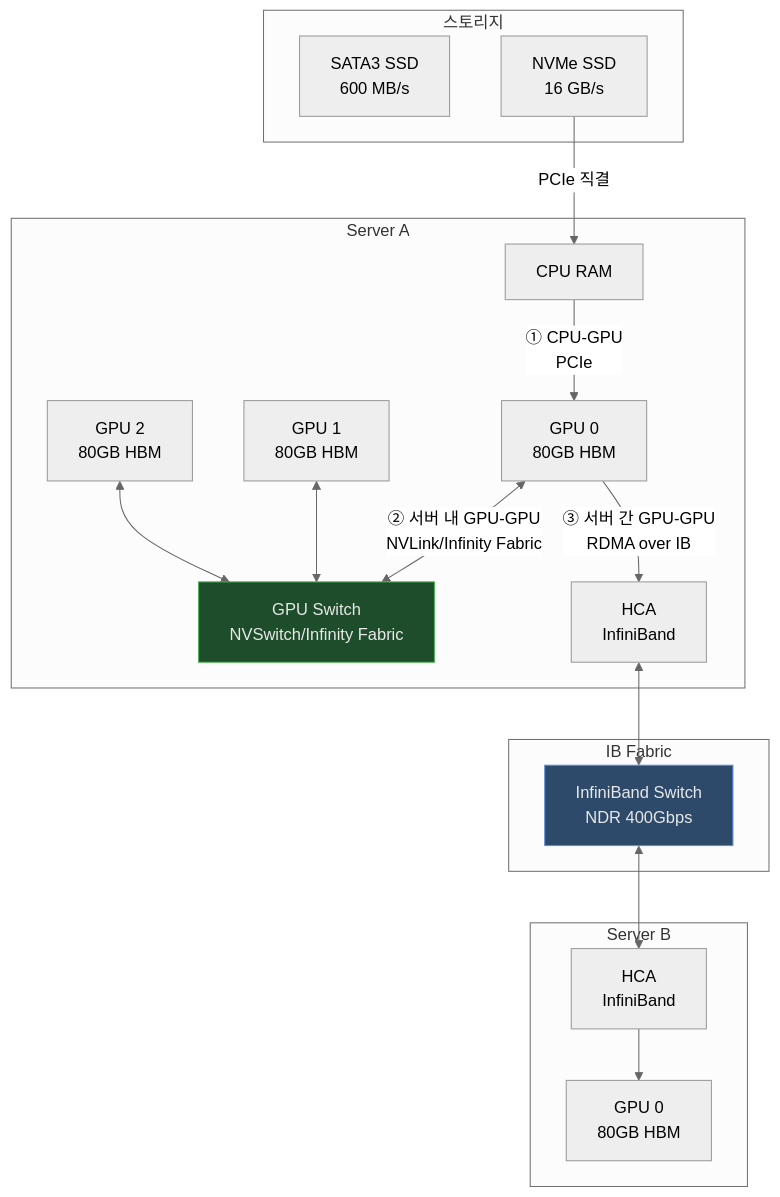
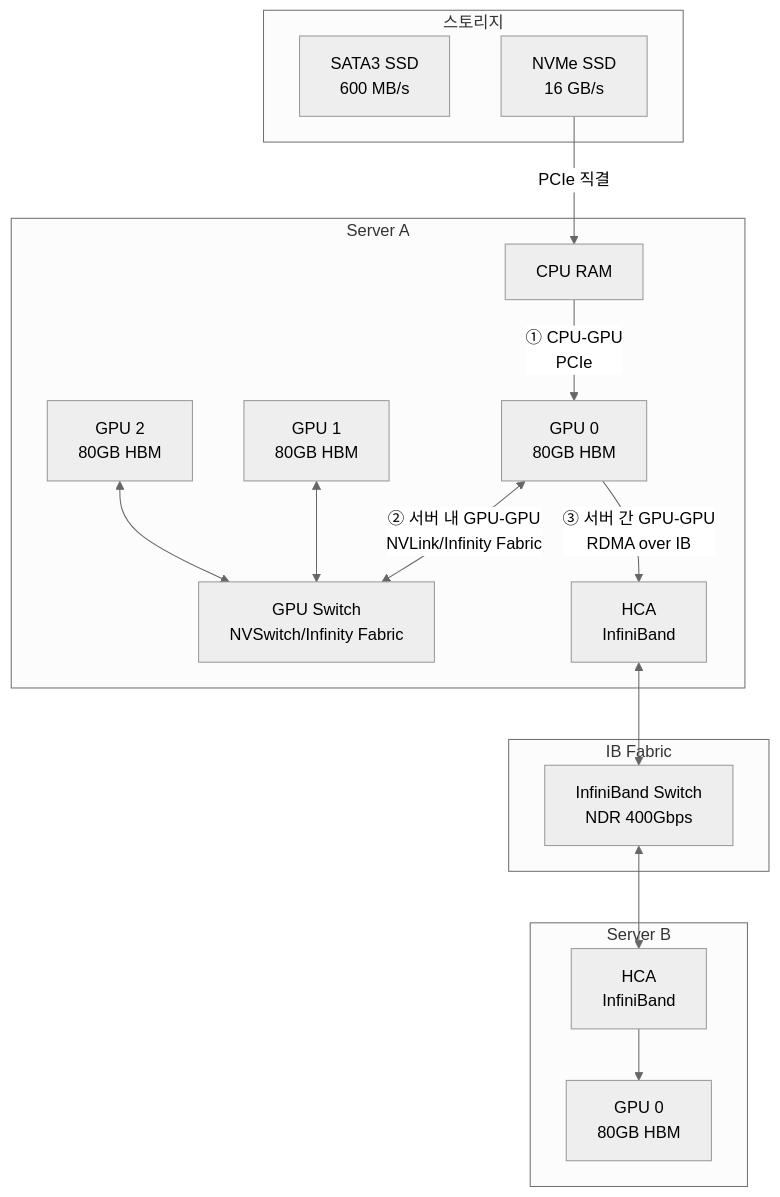
Before and after one commit to juwon8891/juwon8891.github.io: the first of 6 diagrams in docs/gpu/infiniband-nvlink-nvswitch.md, drawn with Mermaid (neutral theme). The commit also changed other lines of this file and 29 other files, not shown here.

````diff
--- a/docs/gpu/infiniband-nvlink-nvswitch.md
+++ b/docs/gpu/infiniband-nvlink-nvswitch.md
@@ -15,39 +21,36 @@
 ```mermaid
 graph TB
     subgraph "스토리지"
         SATA[SATA3 SSD<br/>600 MB/s]
         NVME[NVMe SSD<br/>16 GB/s]
     end
 
     subgraph "Server A"
         CPU_A[CPU RAM]
         GPU_A1[GPU 0<br/>80GB HBM]
         GPU_A2[GPU 1<br/>80GB HBM]
         GPU_A3[GPU 2<br/>80GB HBM]
         NS_A[GPU Switch<br/>NVSwitch/Infinity Fabric]
         HCA_A[HCA<br/>InfiniBand]
     end
 
     subgraph "Server B"
         GPU_B1[GPU 0<br/>80GB HBM]
         HCA_B[HCA<br/>InfiniBand]
     end
 
     subgraph "IB Fabric"
         SW[InfiniBand Switch<br/>NDR 400Gbps]
     end
 
     NVME -->|PCIe 직결| CPU_A
     CPU_A -->|① CPU-GPU<br/>PCIe| GPU_A1
     GPU_A1 <-->|② 서버 내 GPU-GPU<br/>NVLink/Infinity Fabric| NS_A
     GPU_A2 <--> NS_A
     GPU_A3 <--> NS_A
     GPU_A1 -->|③ 서버 간 GPU-GPU<br/>RDMA over IB| HCA_A
     HCA_A <--> SW
     SW <--> HCA_B
     HCA_B --> GPU_B1
 
-    style NS_A fill:#1e4d2b,stroke:#4caf50,color:#e8e8e8
-    style SW fill:#2d4a6b,stroke:#5b8dd9,color:#e8e8e8
-
 ```
````
